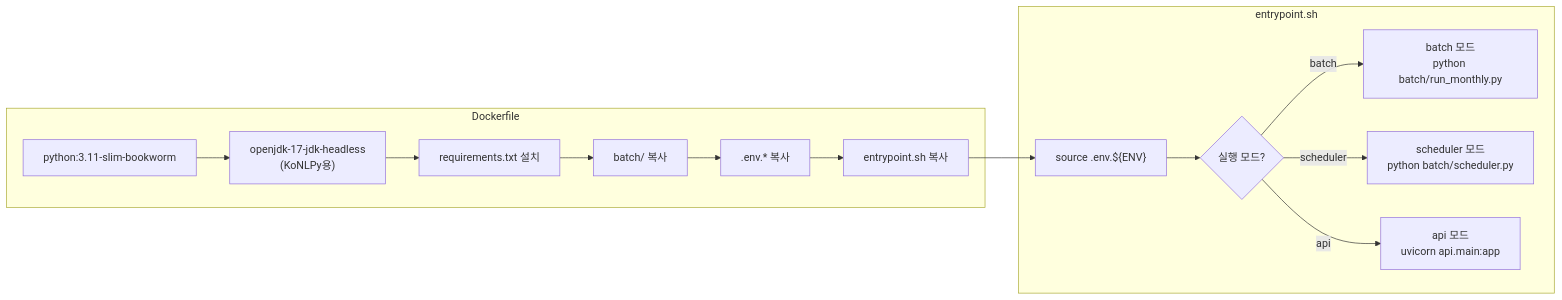
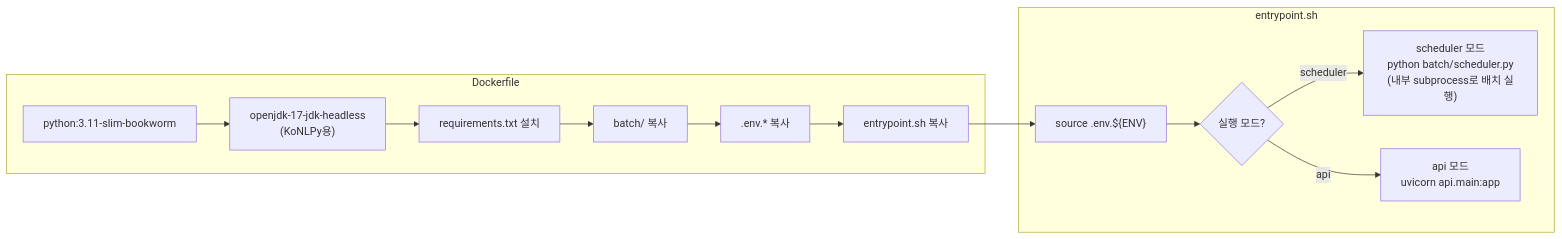
One commit to dasoldasol/dasoldasol.github.io changed the second of 2 diagrams in _posts/2026-01-26-cicd-python.md. Above: the diagram before and after it, drawn with Mermaid.

Commit message:
fix: Docker 이미지 구조 mermaid에서 batch 모드 제거

````diff
--- a/_posts/2026-01-26-cicd-python.md
+++ b/_posts/2026-01-26-cicd-python.md
@@ -109,25 +109,23 @@
 ```mermaid
 flowchart LR
     subgraph DOCKERFILE["Dockerfile"]
         D1["python:3.11-slim-bookworm"]
         D2["openjdk-17-jdk-headless<br/>(KoNLPy용)"]
         D3["requirements.txt 설치"]
         D4["batch/ 복사"]
         D5[".env.* 복사"]
         D6["entrypoint.sh 복사"]
     end
 
     subgraph ENTRYPOINT["entrypoint.sh"]
         E0["source .env.${ENV}"]
         E1{"실행 모드?"}
-        E2["batch 모드<br/>python batch/run_monthly.py"]
-        E3["scheduler 모드<br/>python batch/scheduler.py"]
-        E4["api 모드<br/>uvicorn api.main:app"]
+        E2["scheduler 모드<br/>python batch/scheduler.py<br/>(내부 subprocess로 배치 실행)"]
+        E3["api 모드<br/>uvicorn api.main:app"]
     end
 
     D1 --> D2 --> D3 --> D4 --> D5 --> D6
     D6 --> E0 --> E1
-    E1 -->|"batch"| E2
-    E1 -->|"scheduler"| E3
-    E1 -->|"api"| E4
+    E1 -->|"scheduler"| E2
+    E1 -->|"api"| E3
 ```
````
